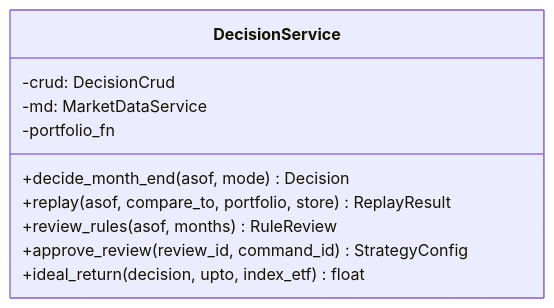
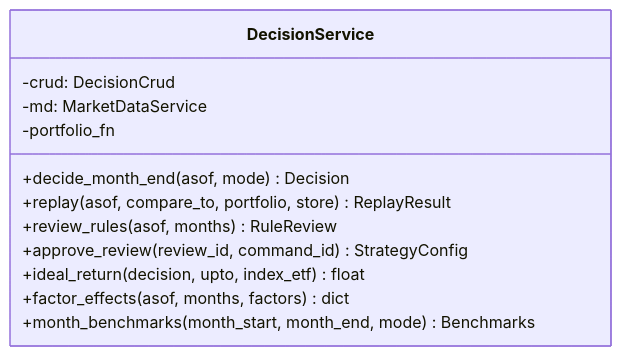
Before and after one commit to HoyoungParkme/quant-rebalance-bot: the seventh of 17 diagrams in docs/specs/06-DOM/QBOT-DOM-002.md, drawn with Mermaid. The commit also changed other lines of this file, not shown here.

````diff
--- a/docs/specs/06-DOM/QBOT-DOM-002.md
+++ b/docs/specs/06-DOM/QBOT-DOM-002.md
@@ -213,13 +213,15 @@
 ```mermaid
 classDiagram
   class DecisionService {
     -crud: DecisionCrud
     -md: MarketDataService
     -portfolio_fn
     +decide_month_end(asof, mode) Decision
     +replay(asof, compare_to, portfolio, store) ReplayResult
     +review_rules(asof, months) RuleReview
     +approve_review(review_id, command_id) StrategyConfig
     +ideal_return(decision, upto, index_etf) float
+    +factor_effects(asof, months, factors) dict
+    +month_benchmarks(month_start, month_end, mode) Benchmarks
   }
 ```
````
